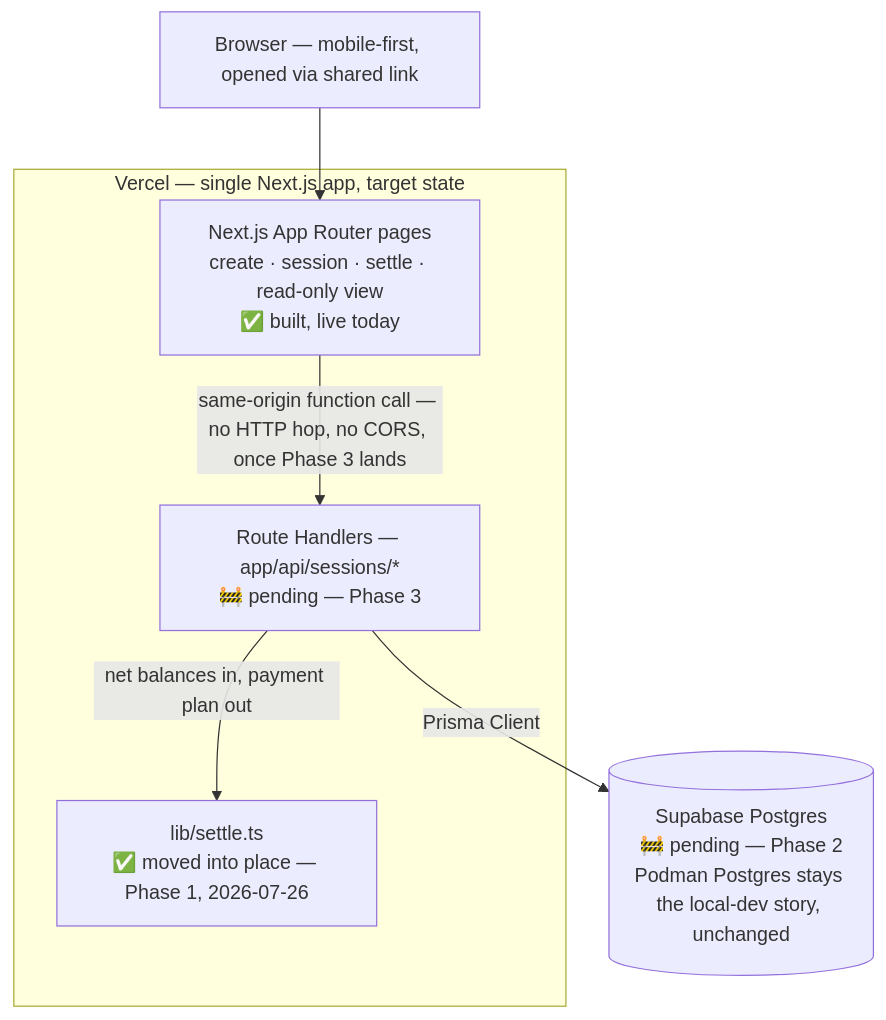
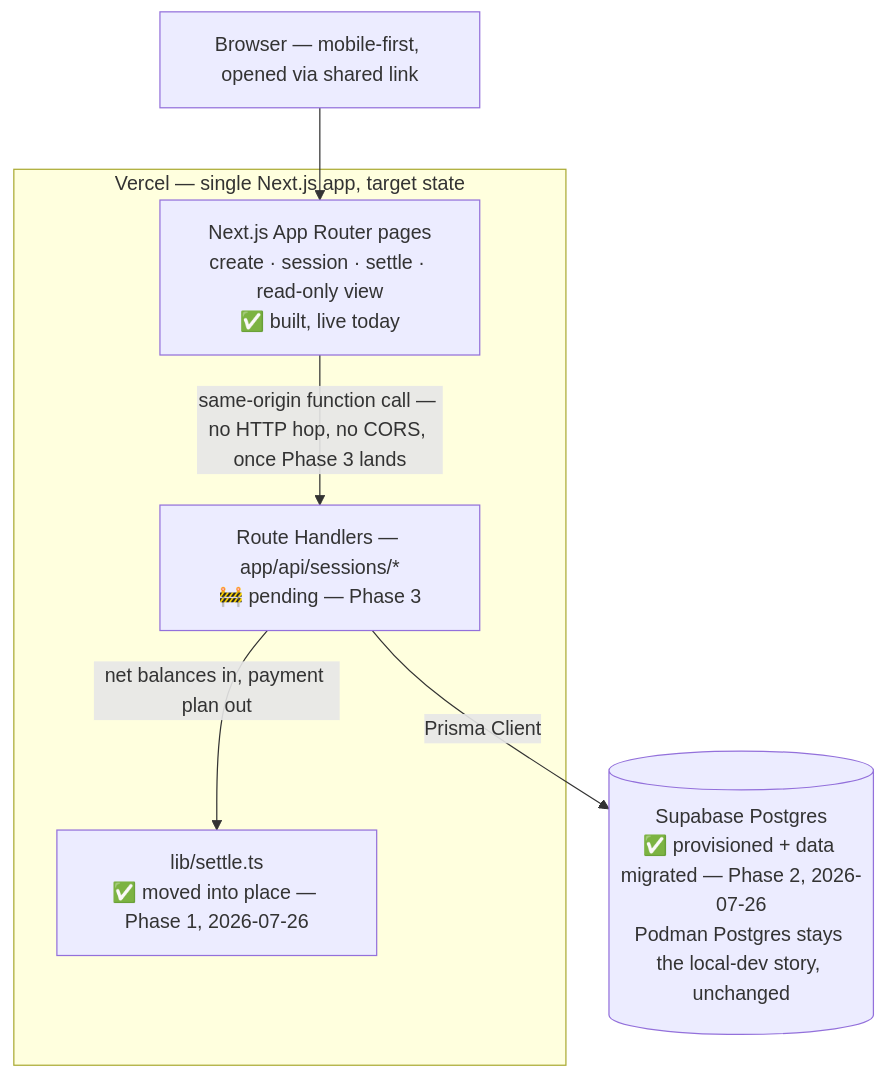
Before and after one commit to ryansabandal/divvy-app: the second of 4 diagrams in README.md, drawn with Mermaid. The commit also changed other lines of this file, not shown here.

Commit message:
Migrated database from railway to supabase

````diff
--- a/README.md
+++ b/README.md
@@ -51,17 +51,17 @@
 ```mermaid
 flowchart TD
     Browser["Browser — mobile-first, opened via shared link"]
 
     subgraph Vercel["Vercel — single Next.js app, target state"]
         Next["Next.js App Router pages<br/>create · session · settle · read-only view<br/>✅ built, live today"]
         RouteHandlers["Route Handlers — app/api/sessions/*<br/>🚧 pending — Phase 3"]
         Settle["lib/settle.ts<br/>✅ moved into place — Phase 1, 2026-07-26"]
     end
 
-    DB[("Supabase Postgres<br/>🚧 pending — Phase 2<br/>Podman Postgres stays the local-dev story, unchanged")]
+    DB[("Supabase Postgres<br/>✅ provisioned + data migrated — Phase 2, 2026-07-26<br/>Podman Postgres stays the local-dev story, unchanged")]
 
     Browser --> Next
     Next -->|"same-origin function call — no HTTP hop, no CORS, once Phase 3 lands"| RouteHandlers
     RouteHandlers -->|"net balances in, payment plan out"| Settle
     RouteHandlers -->|"Prisma Client"| DB
 ```
````
